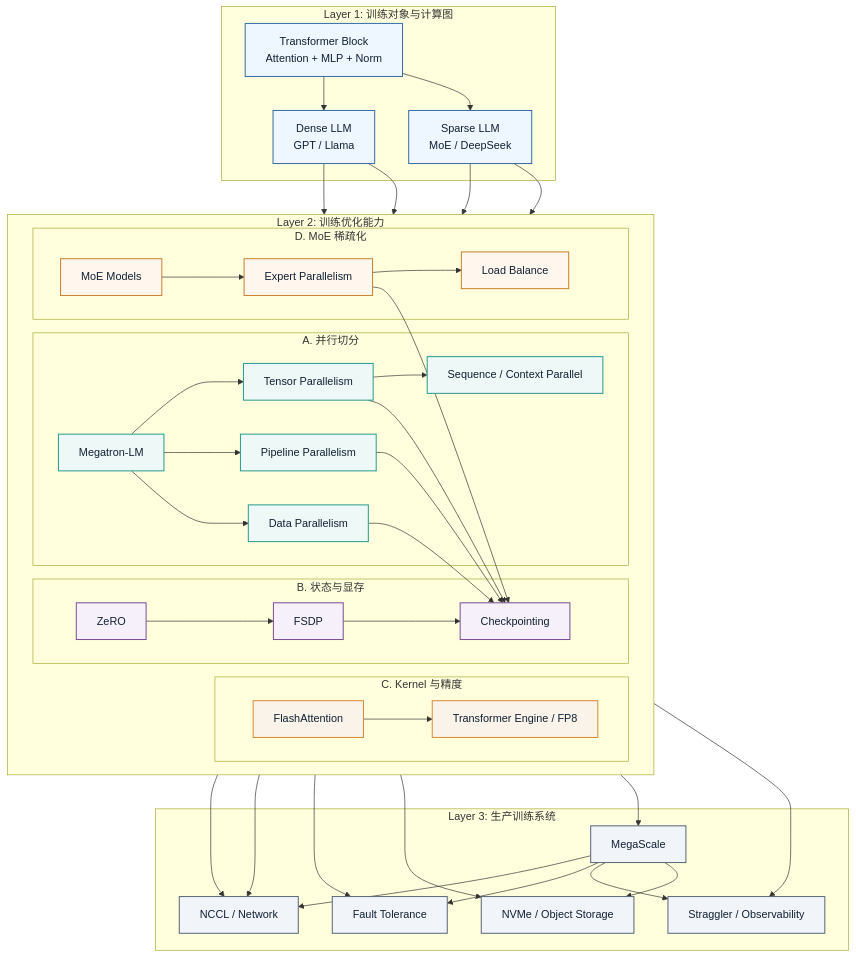
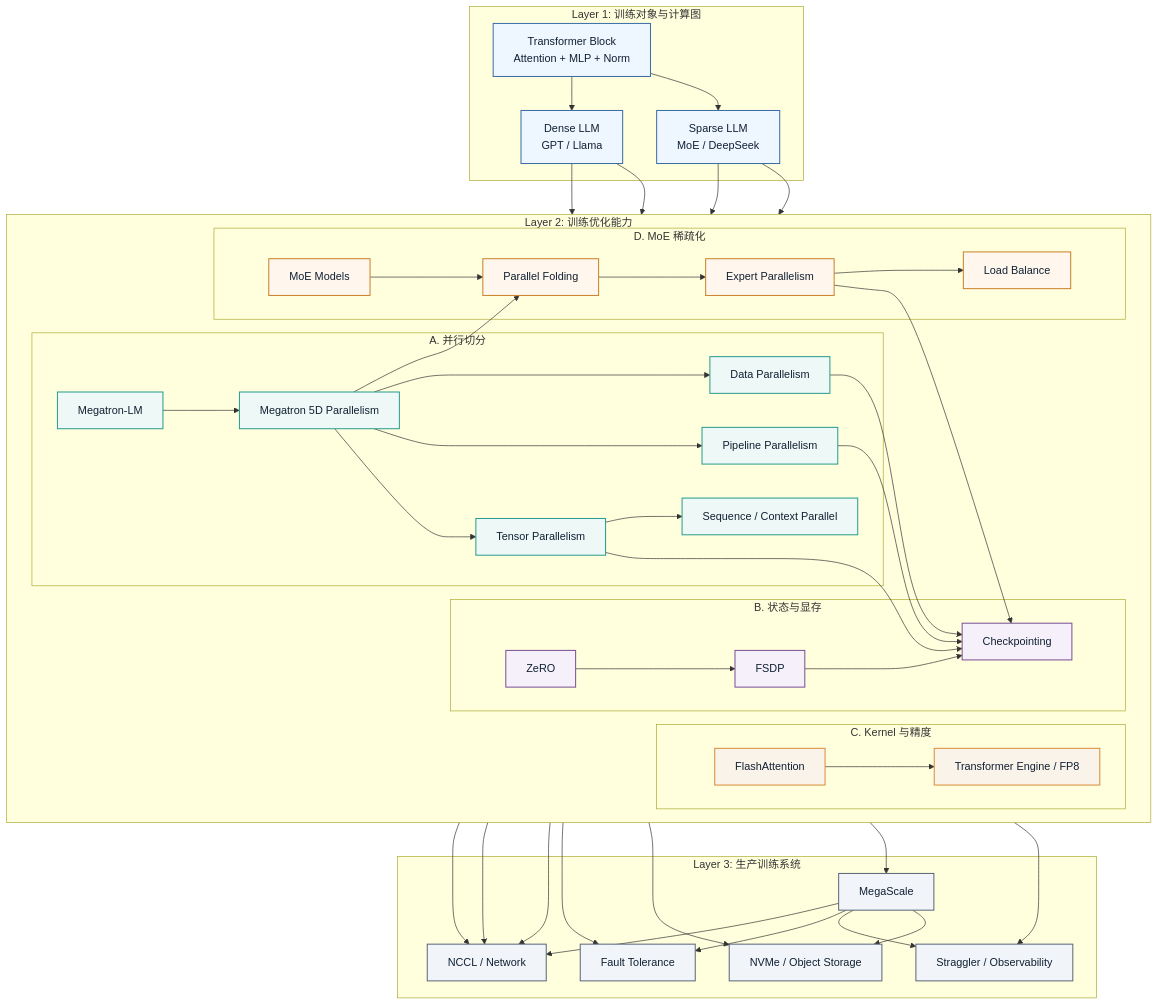
The third of 4 diagrams in training-infra-roadmap/KNOWLEDGE_GRAPH.md (zbw-ai/ReadBase), drawn with Mermaid before and after one commit. The commit also changed other lines of this file and 14 other files, not shown here.

````diff
--- a/training-infra-roadmap/KNOWLEDGE_GRAPH.md
+++ b/training-infra-roadmap/KNOWLEDGE_GRAPH.md
@@ -96,13 +96,15 @@
 
     subgraph P["A. 并行切分"]
       M["Megatron-LM"]
+      D5["Megatron 5D Parallelism"]
       TP["Tensor Parallelism"]
       PP["Pipeline Parallelism"]
       DP["Data Parallelism"]
       SP["Sequence / Context Parallel"]
-      M --> TP
-      M --> PP
-      M --> DP
+      M --> D5
+      D5 --> TP
+      D5 --> PP
+      D5 --> DP
       TP --> SP
     end
 
@@ -121,9 +123,10 @@
 
     subgraph E["D. MoE 稀疏化"]
       MOE["MoE Models"]
+      PF["Parallel Folding"]
       EP["Expert Parallelism"]
       LB["Load Balance"]
-      MOE --> EP --> LB
+      MOE --> PF --> EP --> LB
     end
   end
 
@@ -144,10 +147,12 @@
   DModel --> FA
   SModel --> EP
   SModel --> MOE
+  D5 --> PF
   TP --> CKPT
   PP --> CKPT
   DP --> CKPT
   TP --> NCCL
+  D5 --> NCCL
   EP --> NCCL
   EP --> CKPT
   CKPT --> FT
@@ -162,9 +167,9 @@
   classDef moe fill:#fff7ed,stroke:#c9822b,color:#102033,stroke-width:1.5px
   classDef prod fill:#f1f5f9,stroke:#5b677a,color:#102033,stroke-width:1.5px
   class T,DModel,SModel model
-  class M,TP,PP,DP,SP parallel
+  class M,D5,TP,PP,DP,SP parallel
   class Z,F,CKPT state
   class FA,FP8 kernel
-  class MOE,EP,LB moe
+  class MOE,PF,EP,LB moe
   class MS,NCCL,FT,OBS,STORE prod
 ```
````
